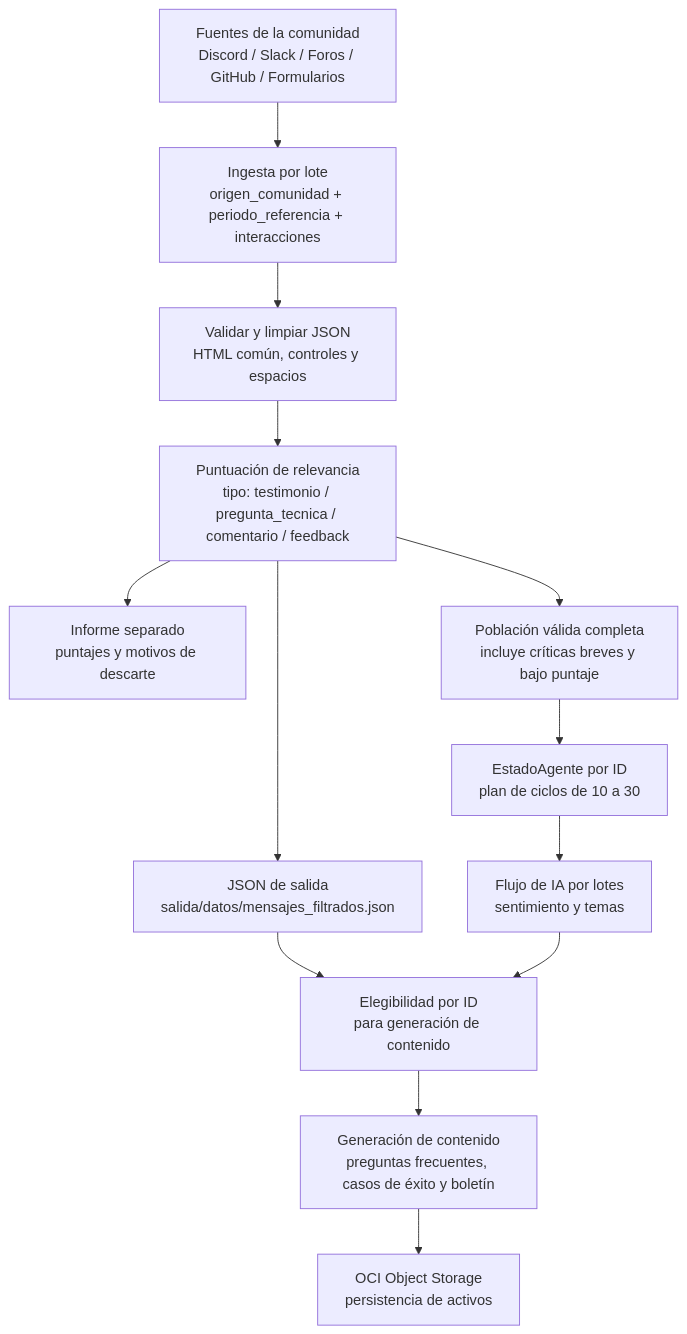
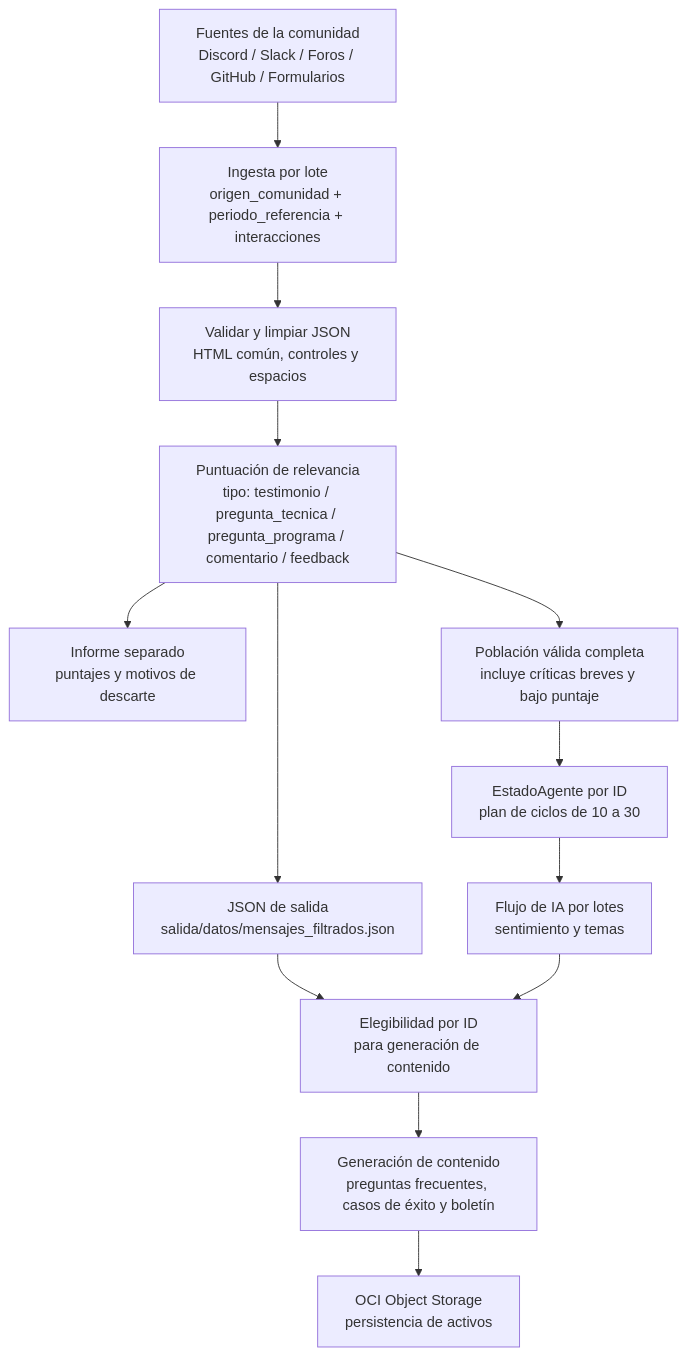
One commit to HenryH11/communitylab changed the diagram in docs/diagrama_flujo_datos_ingesta.md. Above: the diagram before and after it, drawn with Mermaid. The commit also changed 9 other files, not shown here.

Commit message:
feat(datos): tipo pregunta_programa y elegible_faq para preguntas completas del programa

````diff
--- a/docs/diagrama_flujo_datos_ingesta.md
+++ b/docs/diagrama_flujo_datos_ingesta.md
@@ -10,15 +10,15 @@
 ```mermaid
 flowchart TD
     A[Fuentes de la comunidad<br/>Discord / Slack / Foros / GitHub / Formularios] --> B[Ingesta por lote<br/>origen_comunidad + periodo_referencia + interacciones]
     B --> C[Validar y limpiar JSON<br/>HTML común, controles y espacios]
-    C --> D[Puntuación de relevancia<br/>tipo: testimonio / pregunta_tecnica / comentario / feedback]
+    C --> D[Puntuación de relevancia<br/>tipo: testimonio / pregunta_tecnica / pregunta_programa / comentario / feedback]
     D --> E[JSON de salida<br/>salida/datos/mensajes_filtrados.json]
     D --> R[Informe separado<br/>puntajes y motivos de descarte]
     D --> P[Población válida completa<br/>incluye críticas breves y bajo puntaje]
    P --> S[EstadoAgente por ID<br/>plan de ciclos de 10 a 30]
    S --> F[Flujo de IA por lotes<br/>sentimiento y temas]
     E --> H[Elegibilidad por ID<br/>para generación de contenido]
     F --> H
    H --> G[Generación de contenido<br/>preguntas frecuentes, casos de éxito y boletín]
    G --> O[OCI Object Storage<br/>persistencia de activos]
 ```
````
